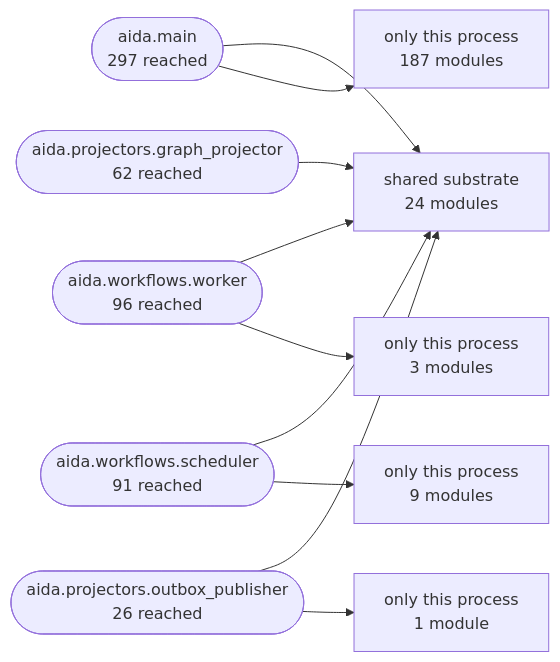
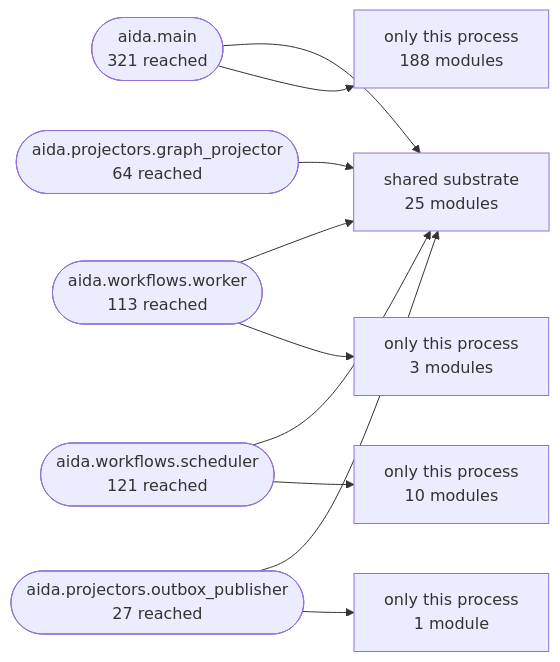
Before and after one commit to karuppusamym/AIDataAnalyst: the second of 3 diagrams in Docs/10-architecture/14-generated-architecture-map.md, drawn with Mermaid. The commit also changed other lines of this file and 40 other files, not shown here.

````diff
--- a/Docs/10-architecture/14-generated-architecture-map.md
+++ b/Docs/10-architecture/14-generated-architecture-map.md
@@ -172,22 +172,22 @@
 ```mermaid
 graph LR
-  shared["shared substrate<br/>24 modules"]
-  aida_main(["aida.main<br/>297 reached"])
-  aida_workflows_worker(["aida.workflows.worker<br/>96 reached"])
-  aida_workflows_scheduler(["aida.workflows.scheduler<br/>91 reached"])
-  aida_projectors_graph_projector(["aida.projectors.graph_projector<br/>62 reached"])
-  aida_projectors_outbox_publisher(["aida.projectors.outbox_publisher<br/>26 reached"])
+  shared["shared substrate<br/>25 modules"]
+  aida_main(["aida.main<br/>321 reached"])
+  aida_workflows_worker(["aida.workflows.worker<br/>113 reached"])
+  aida_workflows_scheduler(["aida.workflows.scheduler<br/>121 reached"])
+  aida_projectors_graph_projector(["aida.projectors.graph_projector<br/>64 reached"])
+  aida_projectors_outbox_publisher(["aida.projectors.outbox_publisher<br/>27 reached"])
   aida_main --> shared
-  only_aida_main["only this process<br/>187 modules"]
+  only_aida_main["only this process<br/>188 modules"]
   aida_main --> only_aida_main
   aida_workflows_worker --> shared
   only_aida_workflows_worker["only this process<br/>3 modules"]
   aida_workflows_worker --> only_aida_workflows_worker
   aida_workflows_scheduler --> shared
-  only_aida_workflows_scheduler["only this process<br/>9 modules"]
+  only_aida_workflows_scheduler["only this process<br/>10 modules"]
   aida_workflows_scheduler --> only_aida_workflows_scheduler
   aida_projectors_graph_projector --> shared
   aida_projectors_outbox_publisher --> shared
   only_aida_projectors_outbox_publisher["only this process<br/>1 module"]
   aida_projectors_outbox_publisher --> only_aida_projectors_outbox_publisher
 ```
````
